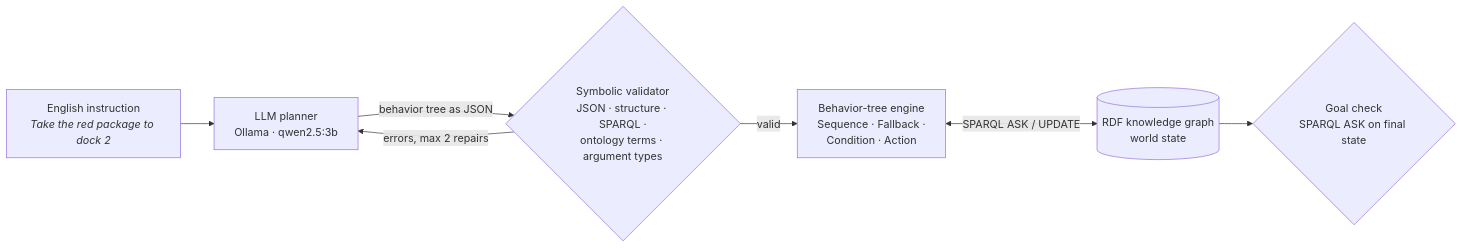
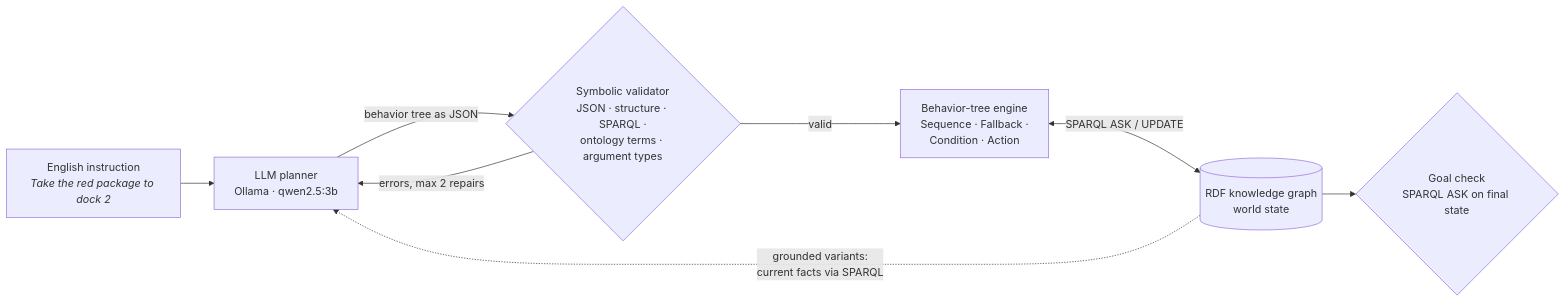
One commit to Salman-ds/sparql-bt-agents changed the diagram in README.md. Above: the diagram before and after it, drawn with Mermaid. The commit also changed other lines of this file and 8 other files, not shown here.

````diff
--- a/README.md
+++ b/README.md
@@ -30,9 +31,10 @@
 ```mermaid
 flowchart LR
     A["English instruction<br/><i>Take the red package to dock 2</i>"] --> B["LLM planner<br/>Ollama · qwen2.5:3b"]
+    E -.->|"grounded variants:<br/>current facts via SPARQL"| B
     B -->|behavior tree as JSON| C{"Symbolic validator<br/>JSON · structure · SPARQL ·<br/>ontology terms · argument types"}
     C -->|errors, max 2 repairs| B
     C -->|valid| D["Behavior-tree engine<br/>Sequence · Fallback ·<br/>Condition · Action"]
     D <-->|"SPARQL ASK / UPDATE"| E[("RDF knowledge graph<br/>world state")]
     E --> F{"Goal check<br/>SPARQL ASK on final state"}
 ```
````
